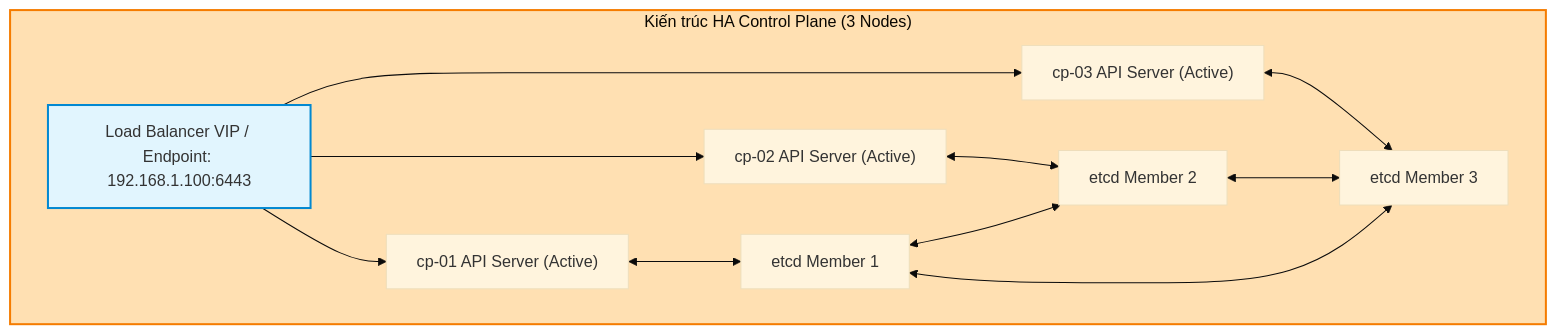
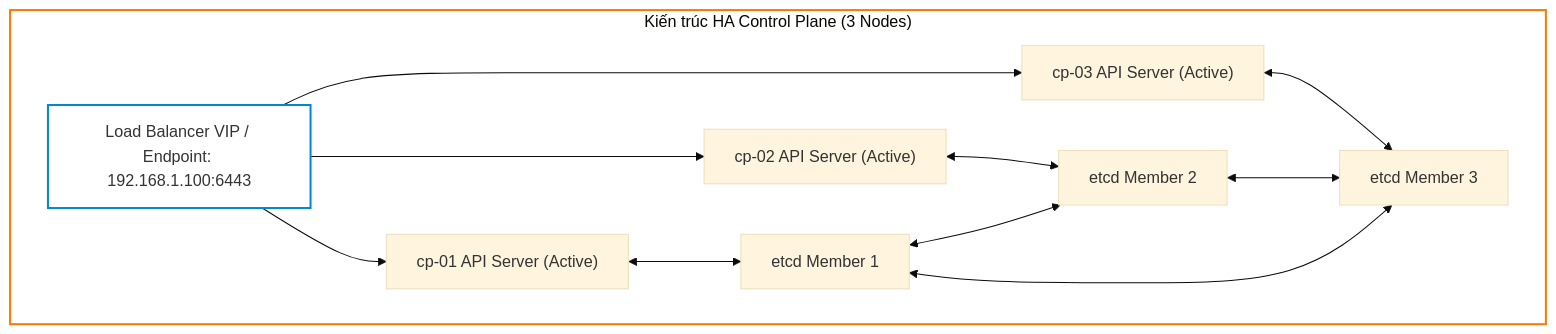
The third of 3 diagrams in _posts/2026-09-12-cka-12-12-ha-control-plane.md (kiennt308/ntk), drawn with Mermaid (base theme) before and after one commit. The commit also changed other lines of this file and 207 other files, not shown here.

Commit message:
feat(posts): batch standardize all 208 posts with TL;DR, qa-card accordion, fill:none mermaid, and liquid raw wrappers

````diff
--- a/_posts/2026-09-12-cka-12-12-ha-control-plane.md
+++ b/_posts/2026-09-12-cka-12-12-ha-control-plane.md
@@ -492,19 +496,19 @@
 ```mermaid
 graph TD
     subgraph HA_Control_Plane ["Kiến trúc HA Control Plane (3 Nodes)"]
         VIP["Load Balancer VIP / Endpoint: 192.168.1.100:6443"] --> API1["cp-01 API Server (Active)"]
         VIP --> API2["cp-02 API Server (Active)"]
         VIP --> API3["cp-03 API Server (Active)"]
         
         API1 <--> ETCD1["etcd Member 1"]
         API2 <--> ETCD2["etcd Member 2"]
         API3 <--> ETCD3["etcd Member 3"]
         
         ETCD1 <--> ETCD2
         ETCD2 <--> ETCD3
         ETCD3 <--> ETCD1
     end
 
-    style HA_Control_Plane fill:#ffe0b2,stroke:#f57c00,stroke-width:2px
-    style VIP fill:#e1f5fe,stroke:#0288d1,stroke-width:2px
+    style HA_Control_Plane fill:none,stroke:#f57c00,stroke-width:2px
+    style VIP fill:none,stroke:#0288d1,stroke-width:2px
 ```
````
